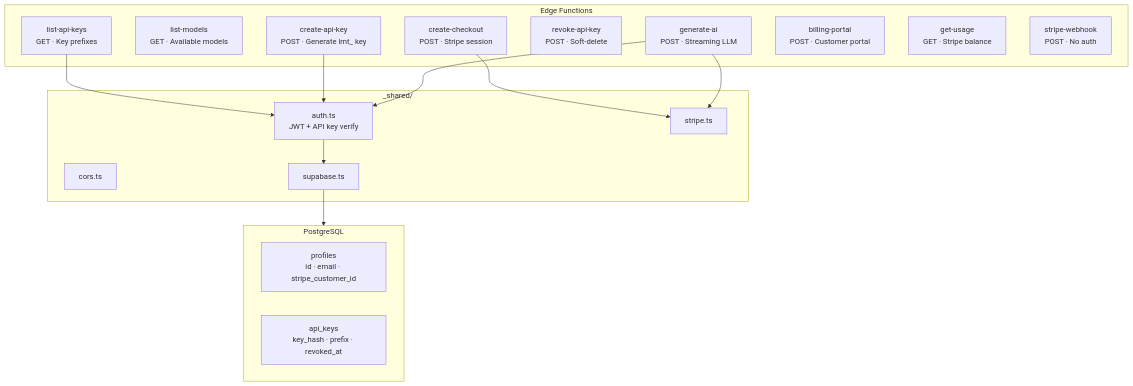
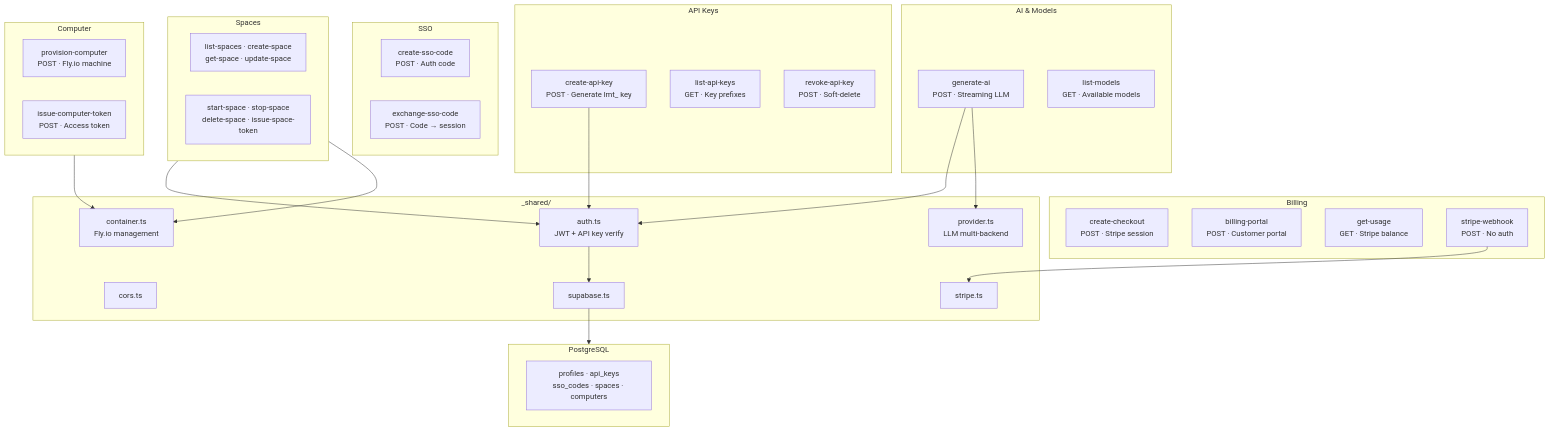
One commit to lmthing/lmthing changed the fourth of 7 diagrams in CLAUDE.md. Above: the diagram before and after it, drawn with Mermaid. The commit also changed other lines of this file and 113 other files, not shown here.

````diff
--- a/CLAUDE.md
+++ b/CLAUDE.md
@@ -230,34 +246,58 @@
 ```mermaid
 graph TB
-    subgraph Functions["Edge Functions"]
+    subgraph AI["AI & Models"]
         GenAI["generate-ai<br/>POST · Streaming LLM"]
         Models["list-models<br/>GET · Available models"]
+    end
+
+    subgraph APIKeys["API Keys"]
         CreateKey["create-api-key<br/>POST · Generate lmt_ key"]
         ListKeys["list-api-keys<br/>GET · Key prefixes"]
         RevokeKey["revoke-api-key<br/>POST · Soft-delete"]
+    end
+
+    subgraph Billing["Billing"]
         Checkout["create-checkout<br/>POST · Stripe session"]
         Portal["billing-portal<br/>POST · Customer portal"]
         Usage["get-usage<br/>GET · Stripe balance"]
         Webhook["stripe-webhook<br/>POST · No auth"]
+    end
+
+    subgraph SSO["SSO"]
+        CreateSSO["create-sso-code<br/>POST · Auth code"]
+        ExchangeSSO["exchange-sso-code<br/>POST · Code → session"]
+    end
+
+    subgraph Spaces["Spaces"]
+        ListSpaces["list-spaces · create-space<br/>get-space · update-space"]
+        SpaceOps["start-space · stop-space<br/>delete-space · issue-space-token"]
+    end
+
+    subgraph Computer["Computer"]
+        Provision["provision-computer<br/>POST · Fly.io machine"]
+        ComputerToken["issue-computer-token<br/>POST · Access token"]
     end
 
     subgraph Shared["_shared/"]
         Auth["auth.ts<br/>JWT + API key verify"]
         CORS["cors.ts"]
         StripeClient["stripe.ts"]
         Supa["supabase.ts"]
+        Provider["provider.ts<br/>LLM multi-backend"]
+        Container["container.ts<br/>Fly.io management"]
     end
 
     subgraph Storage["PostgreSQL"]
-        Profiles["profiles<br/>id · email · stripe_customer_id"]
-        Keys["api_keys<br/>key_hash · prefix · revoked_at"]
+        Profiles["profiles · api_keys<br/>sso_codes · spaces · computers"]
     end
 
     GenAI --> Auth
+    GenAI --> Provider
     CreateKey --> Auth
-    ListKeys --> Auth
-    GenAI --> StripeClient
-    Checkout --> StripeClient
+    Spaces --> Auth
+    Spaces --> Container
+    Computer --> Container
+    Webhook --> StripeClient
     Auth --> Supa
     Supa --> Storage
 ```
````
